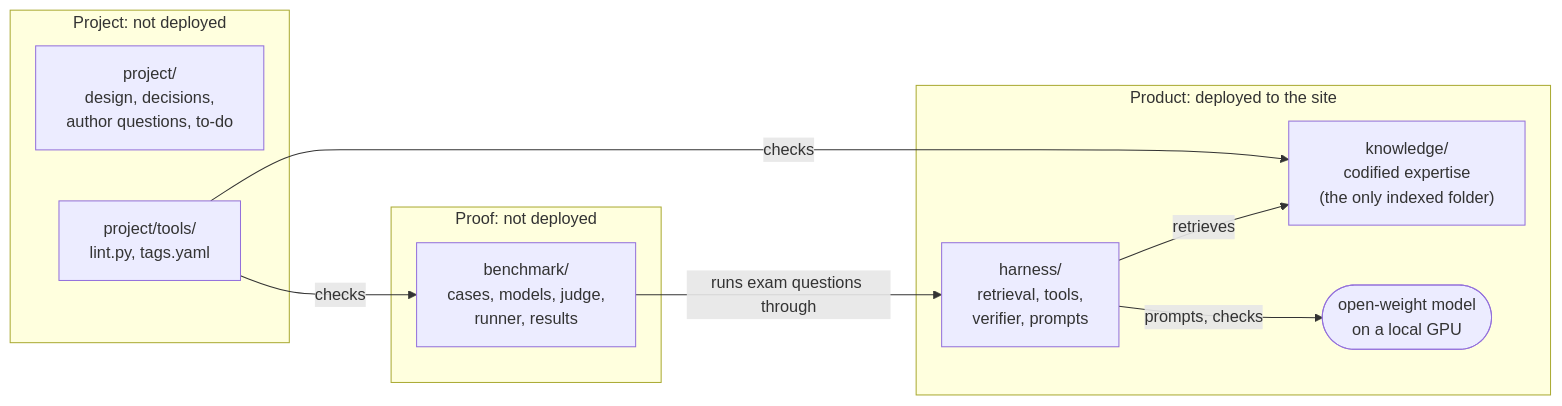
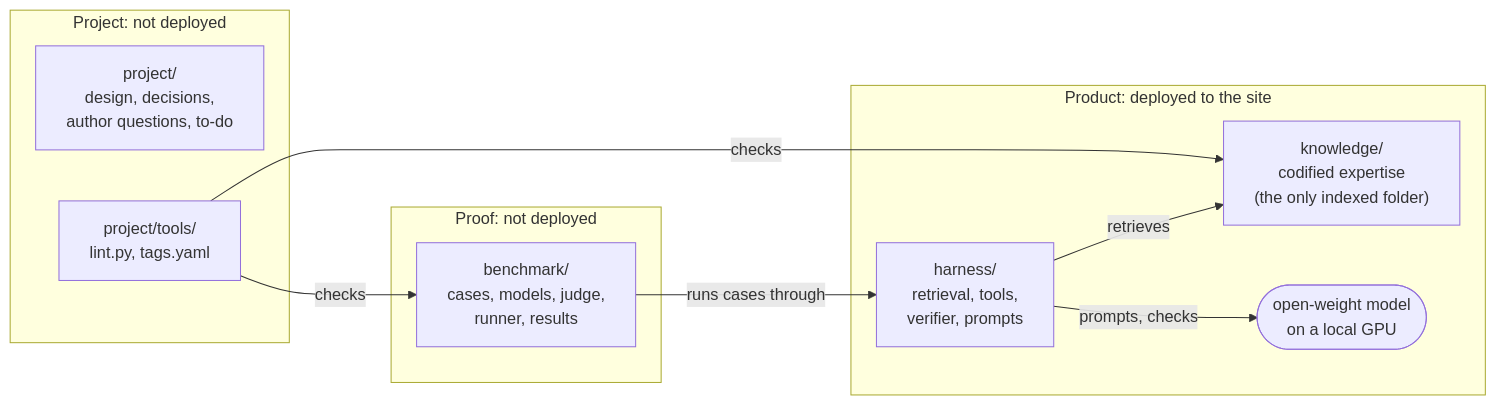
One commit to e1-rahabok/agent-e2 changed the diagram in README.md. Above: the diagram before and after it, drawn with Mermaid. The commit also changed 30 other files, not shown here.

````diff
--- a/README.md
+++ b/README.md
@@ -36,20 +36,20 @@
 ```mermaid
 flowchart LR
   subgraph Product["Product: deployed to the site"]
     K["knowledge/<br/>codified expertise<br/>(the only indexed folder)"]
     H["harness/<br/>retrieval, tools,<br/>verifier, prompts"]
     M(["open-weight model<br/>on a local GPU"])
     H -->|retrieves| K
     H -->|prompts, checks| M
   end
   subgraph Proof["Proof: not deployed"]
     B["benchmark/<br/>cases, models, judge,<br/>runner, results"]
   end
   subgraph Project["Project: not deployed"]
     P["project/<br/>design, decisions,<br/>author questions, to-do"]
     T["project/tools/<br/>lint.py, tags.yaml"]
   end
-  B -->|runs exam questions through| H
+  B -->|runs cases through| H
   T -->|checks| K
   T -->|checks| B
 ```
````
